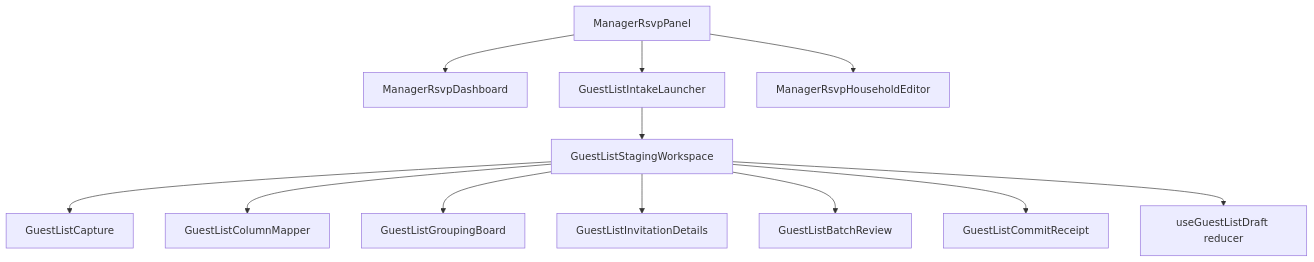
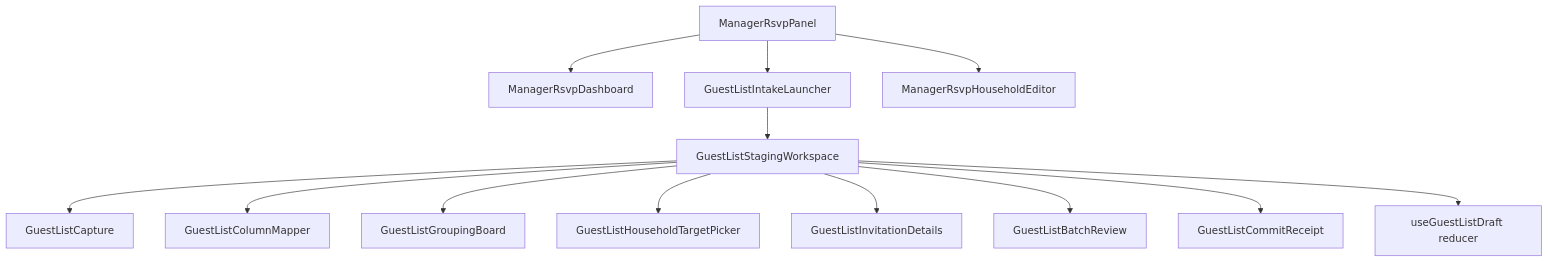
The second of 2 diagrams in docs/superpowers/specs/2026-08-01-rsvp-guest-list-intake-design.md (henryperkins/candidary), drawn with Mermaid before and after one commit. The commit also changed other lines of this file, not shown here.

````diff
--- a/docs/superpowers/specs/2026-08-01-rsvp-guest-list-intake-design.md
+++ b/docs/superpowers/specs/2026-08-01-rsvp-guest-list-intake-design.md
@@ -305,15 +311,16 @@
 ```mermaid
 flowchart TD
     PANEL[ManagerRsvpPanel]
     PANEL --> DASH[ManagerRsvpDashboard]
     PANEL --> LAUNCH[GuestListIntakeLauncher]
     PANEL --> EDITOR[ManagerRsvpHouseholdEditor]
     LAUNCH --> WORKSPACE[GuestListStagingWorkspace]
     WORKSPACE --> CAPTURE[GuestListCapture]
     WORKSPACE --> MAP[GuestListColumnMapper]
     WORKSPACE --> GROUP[GuestListGroupingBoard]
+    WORKSPACE --> TARGET[GuestListHouseholdTargetPicker]
     WORKSPACE --> DETAILS[GuestListInvitationDetails]
     WORKSPACE --> REVIEW[GuestListBatchReview]
     WORKSPACE --> RECEIPT[GuestListCommitReceipt]
     WORKSPACE --> REDUCER[useGuestListDraft reducer]
 ```
````
